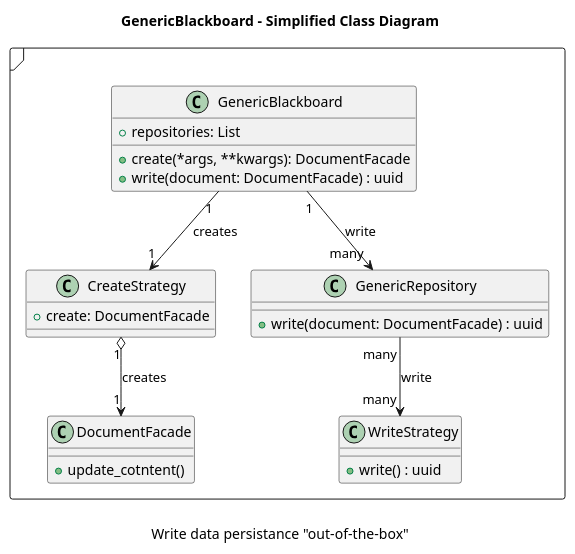
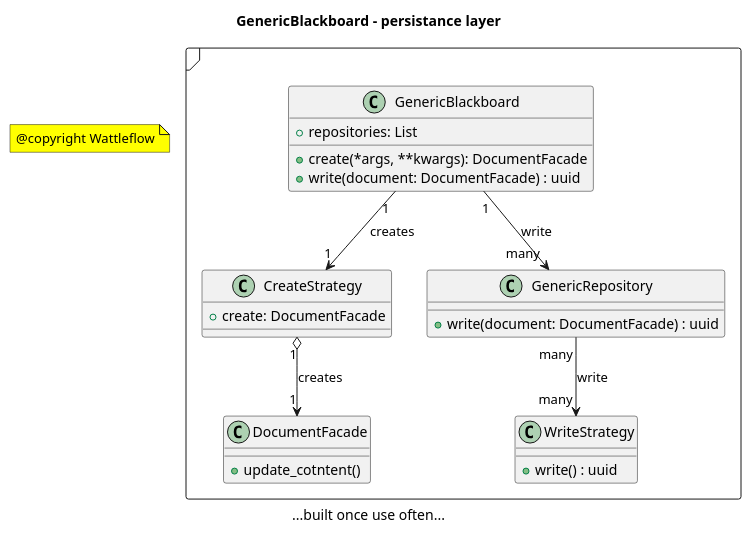
Before and after one commit to wattleflow/workflow: the diagram in doc/uml/blackboard-write.puml, drawn with PlantUML. The commit also changed 9 other files, not shown here.

```diff
--- a/doc/uml/blackboard-write.puml
+++ b/doc/uml/blackboard-write.puml
@@ -1,35 +1,37 @@
 @startuml
 
-title GenericBlackboard – Simplified Class Diagram
-caption \nWrite data persistance "out-of-the-box"
+title GenericBlackboard - persistance layer
+caption ...built once use often...
+top to bottom direction
 
 frame " " {
     class GenericBlackboard {
       + create(*args, **kwargs): DocumentFacade
       + write(document: DocumentFacade) : uuid
       + repositories: List
     }
 
     class CreateStrategy {
       + create: DocumentFacade
     }
 
     class GenericRepository {
       + write(document: DocumentFacade) : uuid
     }
 
     class WriteStrategy {
       + write() : uuid
     }
 
     class DocumentFacade {
       + update_cotntent()
     }    
 }
 
 GenericBlackboard "1" --> "1" CreateStrategy: creates
 GenericBlackboard "1" --> "many" GenericRepository: write
 GenericRepository "many" --> "many" WriteStrategy: write
 CreateStrategy "1" o--> "1" DocumentFacade: creates
 
+note "@copyright Wattleflow" as N1 #Yellow
 @enduml
```
